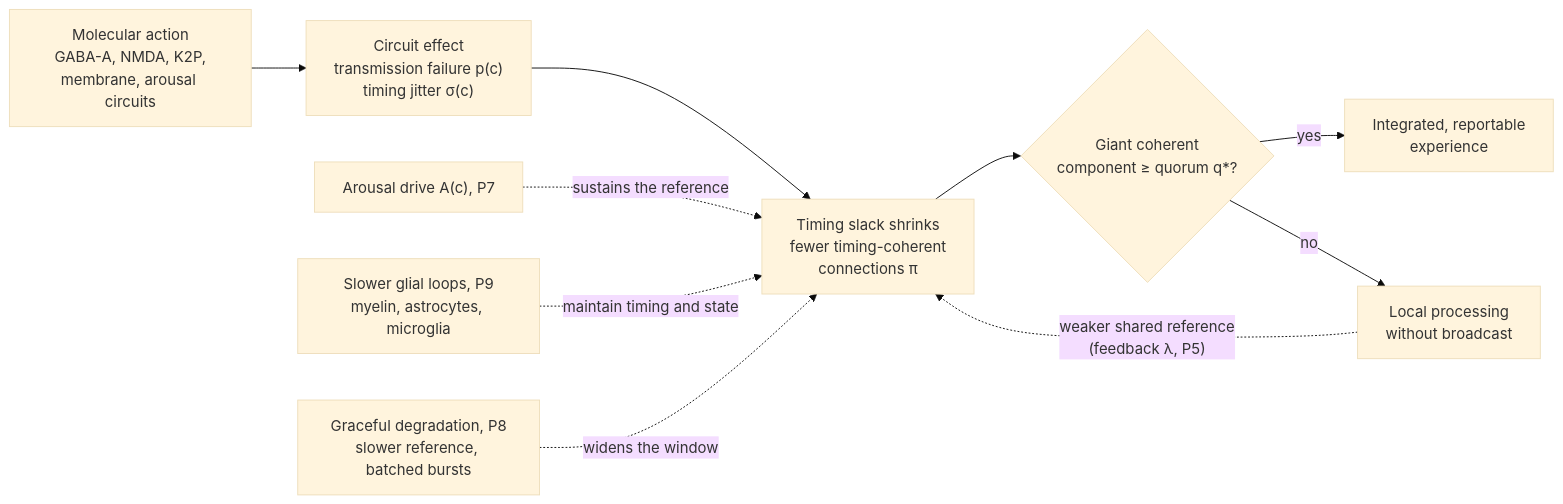
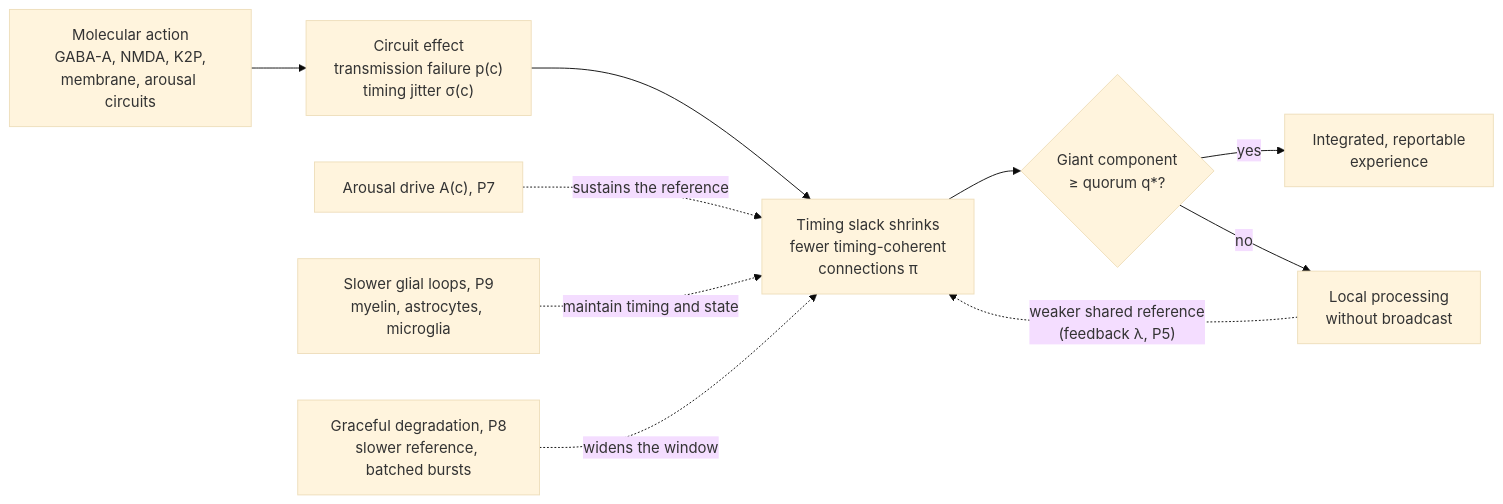
The first of 2 diagrams in white_paper_anesthesia_consensus.md (DrGabriel/neuroscience), drawn with Mermaid (base theme) before and after one commit. The commit also changed other lines of this file and 113 other files, not shown here.

````diff
--- a/white_paper_anesthesia_consensus.md
+++ b/white_paper_anesthesia_consensus.md
@@ -211,12 +252,12 @@
 ```mermaid
 flowchart LR
     A["Molecular action<br/>GABA-A, NMDA, K2P,<br/>membrane, arousal circuits"] --> B["Circuit effect<br/>transmission failure p(c)<br/>timing jitter σ(c)"]
     B --> C["Timing slack shrinks<br/>fewer timing-coherent<br/>connections π"]
-    C --> D{"Giant coherent<br/>component ≥ quorum q*?"}
+    C --> D{"Giant component<br/>≥ quorum q*?"}
     D -- yes --> E["Integrated, reportable<br/>experience"]
     D -- no --> F["Local processing<br/>without broadcast"]
     F -. "weaker shared reference<br/>(feedback λ, P5)" .-> C
     G["Arousal drive A(c), P7"] -. "sustains the reference" .-> C
     I["Slower glial loops, P9<br/>myelin, astrocytes, microglia"] -. "maintain timing and state" .-> C
     H["Graceful degradation, P8<br/>slower reference, batched bursts"] -. "widens the window" .-> C
 ```
````
